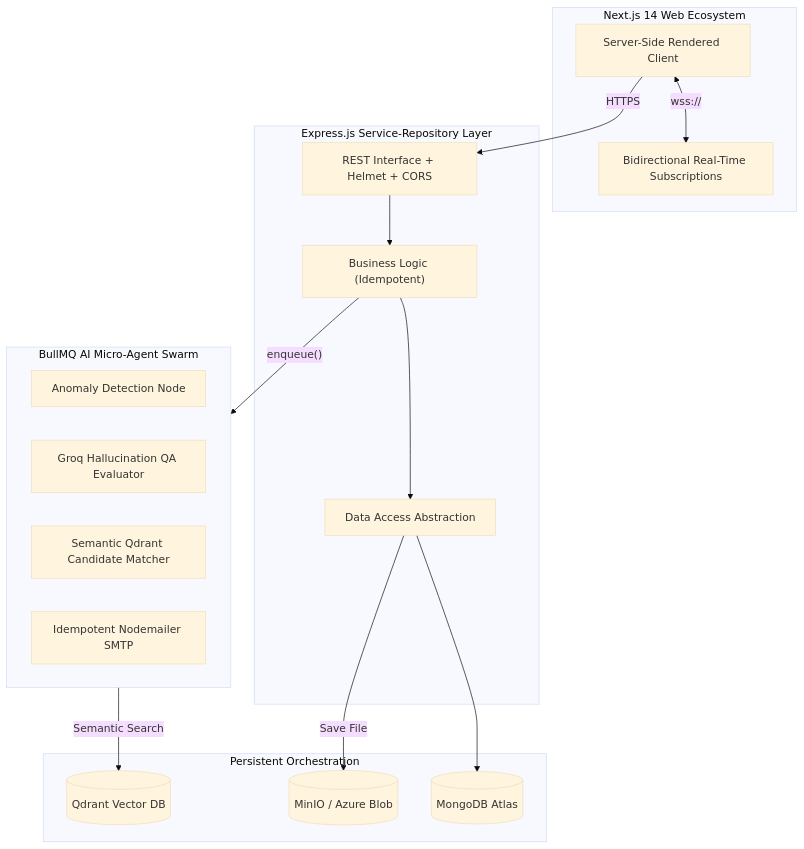
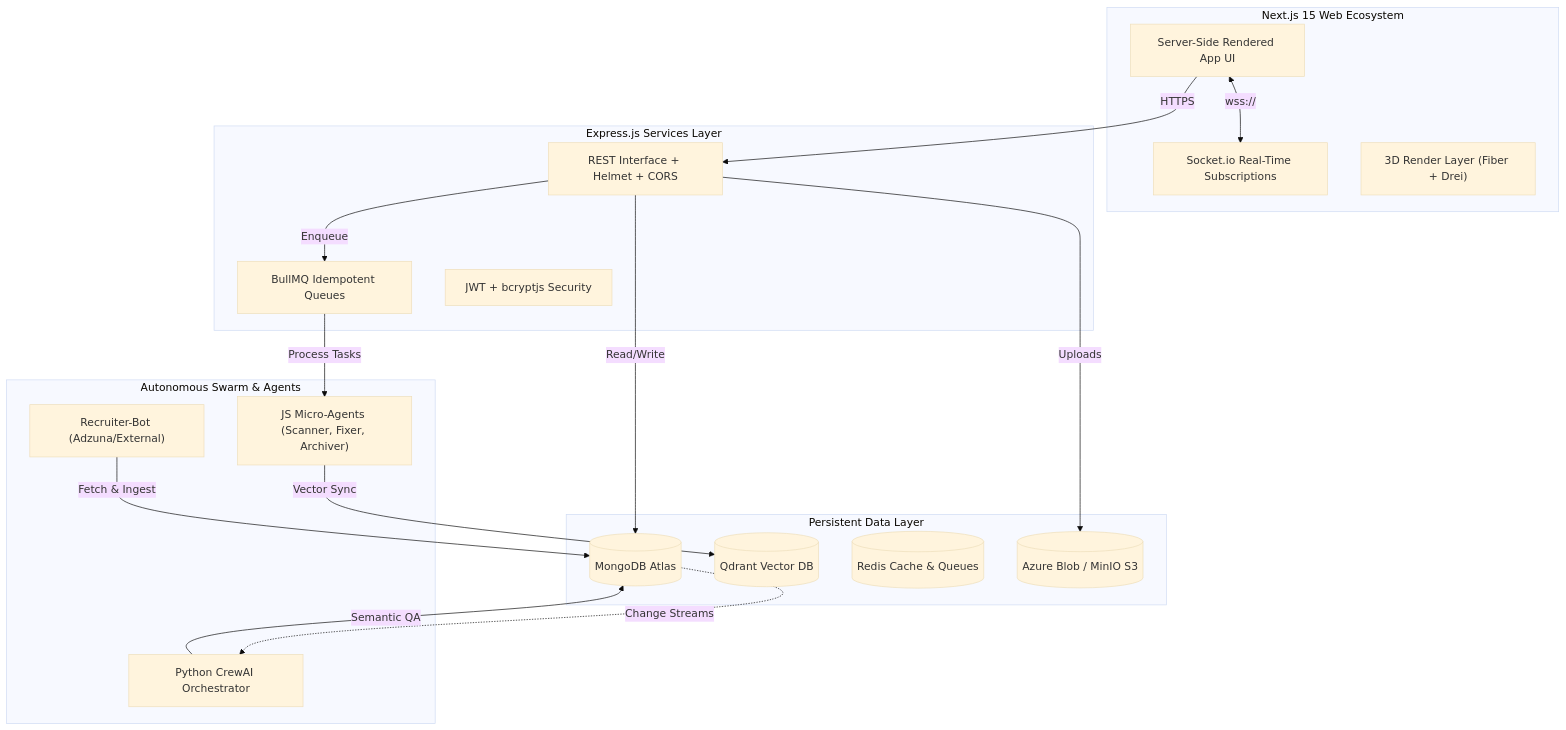
One commit to soumik2441139/hackathon changed the first of 2 diagrams in README.md. Above: the diagram before and after it, drawn with Mermaid (base theme). The commit also changed other lines of this file, not shown here.

Commit message:
docs/architecture: overhaul README with beautiful diagrams and granular AI/Security insights

````diff
--- a/README.md
+++ b/README.md
@@ -33,33 +32,38 @@
 ```mermaid
 graph TD
-    subgraph Client["Next.js 14 Web Ecosystem"]
-        Frontend["Server-Side Rendered Client"]
-        WebSocket["Bidirectional Real-Time Subscriptions"]
+    subgraph Client ["Next.js 15 Web Ecosystem"]
+        Frontend["Server-Side Rendered App UI"]
+        WebSocket["Socket.io Real-Time Subscriptions"]
+        ThreeJS["3D Render Layer (Fiber + Drei)"]
     end
 
-    subgraph Controller["Express.js Service-Repository Layer"]
+    subgraph Backend ["Express.js Services Layer"]
         API["REST Interface + Helmet + CORS"]
-        Services["Business Logic (Idempotent)"]
-        Repo["Data Access Abstraction"]
+        BullMQ["BullMQ Idempotent Queues"]
+        Auth["JWT + bcryptjs Security"]
     end
 
-    subgraph State["Persistent Orchestration"]
+    subgraph Swarm ["Autonomous Swarm & Agents"]
+        JSBots["JS Micro-Agents (Scanner, Fixer, Archiver)"]
+        CrewAI["Python CrewAI Orchestrator"]
+        Recruiter["Recruiter-Bot (Adzuna/External)"]
+    end
+
+    subgraph Storage ["Persistent Data Layer"]
         Mongo[(MongoDB Atlas)]
         Qdrant[(Qdrant Vector DB)]
-        S3[(MinIO / Azure Blob)]
-    end
-
-    subgraph Workers["BullMQ AI Micro-Agent Swarm"]
-        Scan["Anomaly Detection Node"]
-        Groq["Groq Hallucination QA Evaluator"]
-        Match["Semantic Qdrant Candidate Matcher"]
-        Mail["Idempotent Nodemailer SMTP"]
+        Redis[(Redis Cache & Queues)]
+        S3[(Azure Blob / MinIO S3)]
     end
 
     Frontend <-->|"wss://"| WebSocket
     Frontend -->|"HTTPS"| API
-    API --> Services --> Repo --> Mongo
-    Services -->|"enqueue()"| Workers
-    Workers -->|"Semantic Search"| Qdrant
-    Repo -->|"Save File"| S3
+    API -->|"Read/Write"| Mongo
+    API -->|"Uploads"| S3
+    API -->|"Enqueue"| BullMQ
+    BullMQ -->|"Process Tasks"| JSBots
+    Mongo -.->|"Change Streams"| CrewAI
+    Recruiter -->|"Fetch & Ingest"| Mongo
+    JSBots -->|"Vector Sync"| Qdrant
+    CrewAI -->|"Semantic QA"| Mongo
 ```
````
